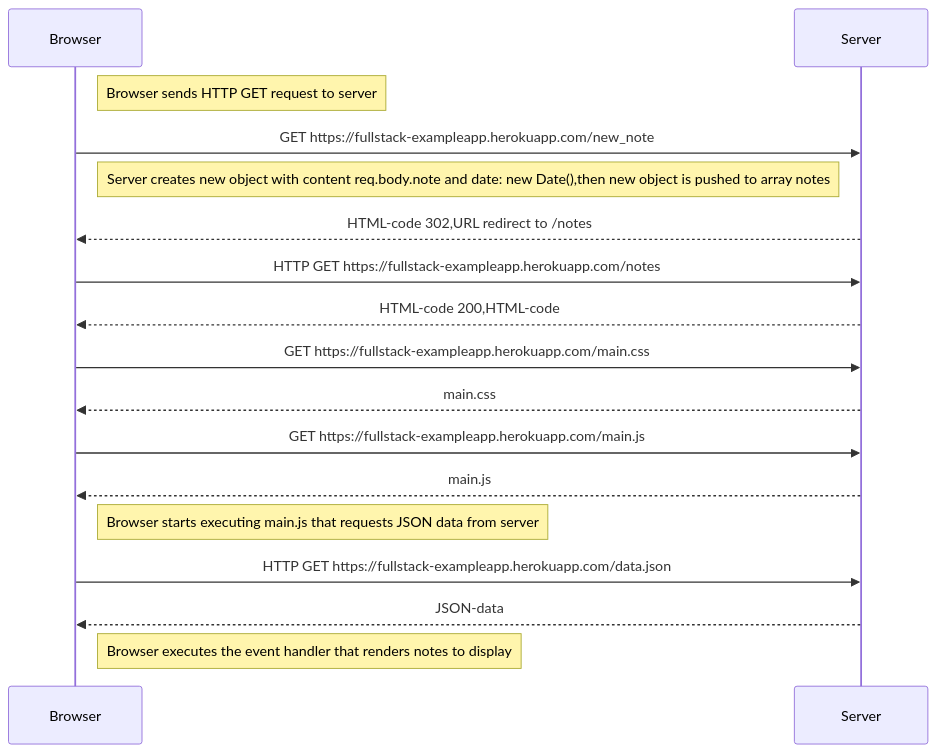
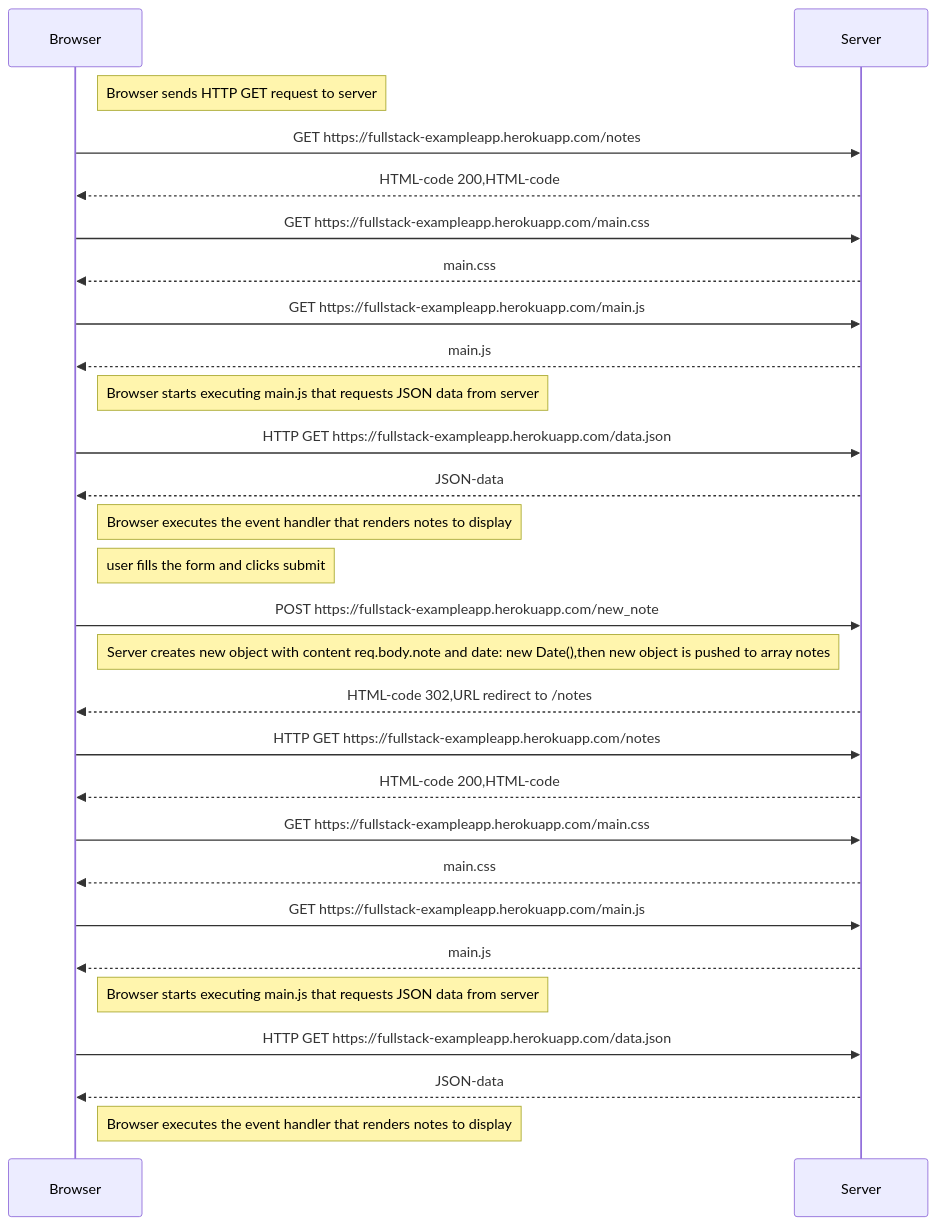
The diagram in part0/04_create a new note.md (AmrYasserSaber/Fullstackopen-2023), drawn with Mermaid before and after one commit.

Commit message:
add the initialization of the page part

````diff
--- a/part0/04_create a new note.md
+++ b/part0/04_create a new note.md
@@ -1,21 +1,32 @@
 ```mermaid
 sequenceDiagram
     participant Browser
     participant Server
     
     note right of Browser: Browser sends HTTP GET request to server
-    Browser->>Server: GET https://fullstack-exampleapp.herokuapp.com/new_note
+    Browser->>Server: GET https://fullstack-exampleapp.herokuapp.com/notes
+    Server-->>Browser: HTML-code 200,HTML-code
+    Browser->>Server: GET https://fullstack-exampleapp.herokuapp.com/main.css
+    Server-->>Browser: main.css
+    Browser->>Server: GET https://fullstack-exampleapp.herokuapp.com/main.js
+    Server-->>Browser: main.js
+    note right of Browser: Browser starts executing main.js that requests JSON data from server
+    Browser->>Server: HTTP GET https://fullstack-exampleapp.herokuapp.com/data.json
+    Server-->>Browser: JSON-data
+    note right of Browser: Browser executes the event handler that renders notes to display
+    note right of Browser: user fills the form and clicks submit
+    Browser->>Server: POST https://fullstack-exampleapp.herokuapp.com/new_note
     note left of Server: Server creates new object with content req.body.note and  date: new Date(),then new object is pushed to array notes
     Server-->>Browser: HTML-code 302,URL redirect to /notes
     Browser->>Server:HTTP GET https://fullstack-exampleapp.herokuapp.com/notes
     Server-->>Browser: HTML-code 200,HTML-code 
     Browser->>Server: GET https://fullstack-exampleapp.herokuapp.com/main.css
     Server-->>Browser: main.css
     Browser->>Server: GET https://fullstack-exampleapp.herokuapp.com/main.js
     Server-->>Browser: main.js
     note right of Browser: Browser starts executing main.js that requests JSON data from server
     Browser->>Server: HTTP GET https://fullstack-exampleapp.herokuapp.com/data.json
     Server-->>Browser: JSON-data
     note right of Browser: Browser executes the event handler that renders notes to display
     
 ```
````
